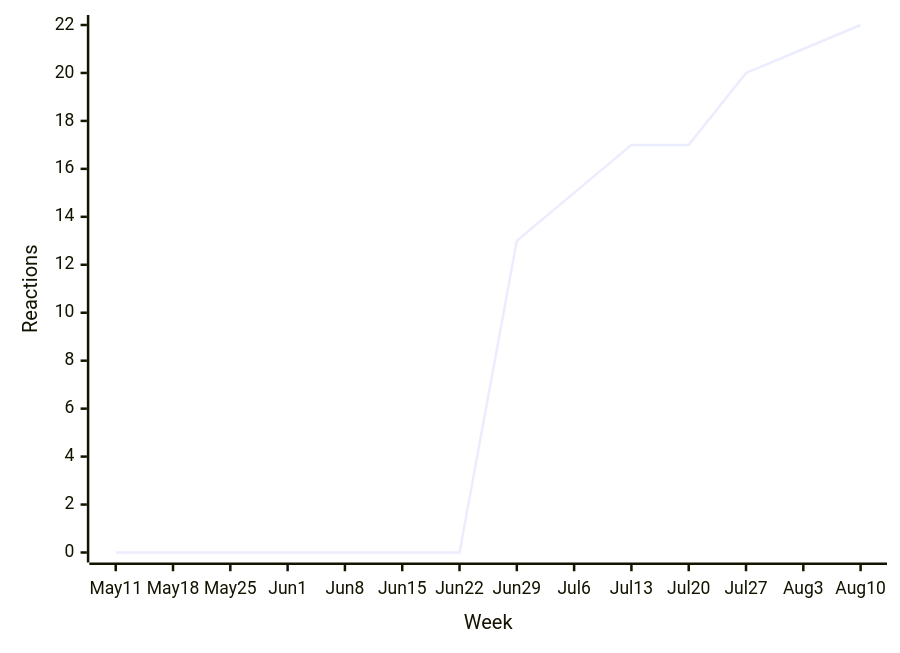
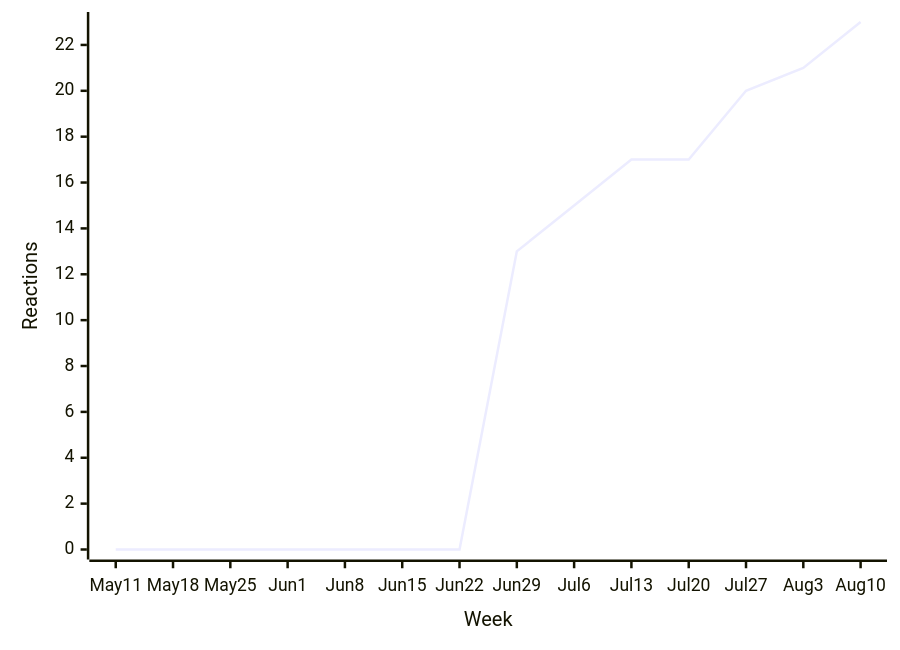
The seventh of 47 diagrams in README.md (loic-sharma/github-insights), drawn with Mermaid before and after one commit. The commit also changed other lines of this file and 1 other file, not shown here.

````diff
--- a/README.md
+++ b/README.md
@@ -441,6 +441,6 @@
   ```mermaid
   xychart-beta
     x-axis "Week" [May 11, May 18, May 25, Jun 1, Jun 8, Jun 15, Jun 22, Jun 29, Jul 6, Jul 13, Jul 20, Jul 27, Aug 3, Aug 10]
     y-axis "Reactions"
-    line [0, 0, 0, 0, 0, 0, 0, 13, 15, 17, 17, 20, 21, 22]
+    line [0, 0, 0, 0, 0, 0, 0, 13, 15, 17, 17, 20, 21, 23]
   ```
````
